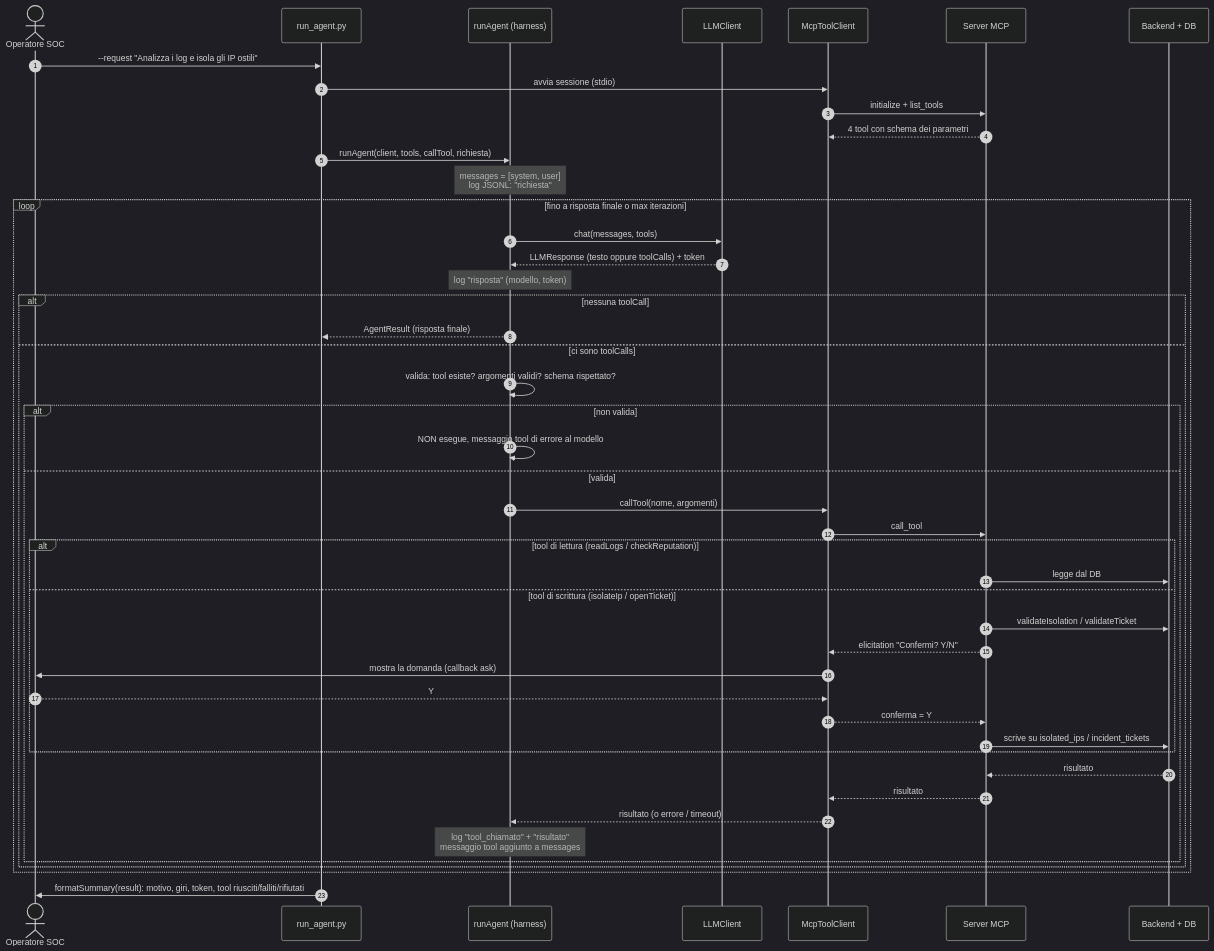
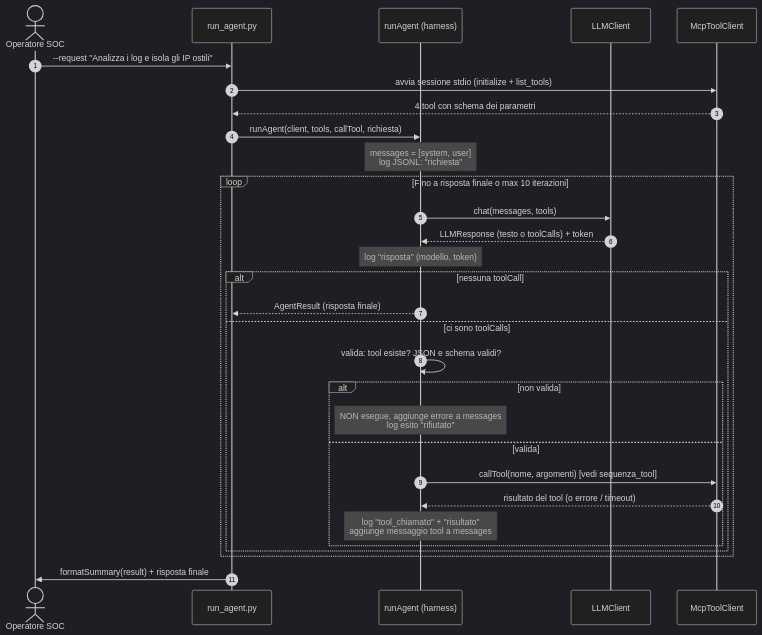
Before and after one commit to CalviLore/cyber-soc-sentinel-pw26: the sixth of 8 diagrams in docs/DIAGRAMMI.md, drawn with Mermaid (dark theme). The commit also changed other lines of this file and 2 other files, not shown here.

First line of the commit message:
DIAGRAMMI.md allineato ai diagrammi numerati; 2a: il Runner passa da Chat

````diff
--- a/docs/DIAGRAMMI.md
+++ b/docs/DIAGRAMMI.md
@@ -232,53 +325,36 @@
 ```mermaid
 sequenceDiagram
     autonumber
     actor Op as Operatore SOC
-    participant CLI as run_agent.py
+    participant RA as run_agent.py
     participant H as runAgent (harness)
     participant LLM as LLMClient
-    participant MC as McpToolClient
-    participant S as Server MCP
-    participant B as Backend + DB
+    participant MCP as McpToolClient
 
-    Op->>CLI: --request "Analizza i log e isola gli IP ostili"
-    CLI->>MC: avvia sessione (stdio)
-    MC->>S: initialize + list_tools
-    S-->>MC: 4 tool con schema dei parametri
-    CLI->>H: runAgent(client, tools, callTool, richiesta)
+    Op->>RA: --request "Analizza i log e isola gli IP ostili"
+    RA->>MCP: avvia sessione stdio (initialize + list_tools)
+    MCP-->>RA: 4 tool con schema dei parametri
+    RA->>H: runAgent(client, tools, callTool, richiesta)
     Note over H: messages = [system, user]<br/>log JSONL: "richiesta"
 
-    loop fino a risposta finale o max iterazioni
+    loop Fino a risposta finale o max 10 iterazioni
         H->>LLM: chat(messages, tools)
-        LLM-->>H: LLMResponse (testo oppure toolCalls) + token
+        LLM-->>H: LLMResponse (testo o toolCalls) + token
         Note over H: log "risposta" (modello, token)
 
         alt nessuna toolCall
-            H-->>CLI: AgentResult (risposta finale)
+            H-->>RA: AgentResult (risposta finale)
         else ci sono toolCalls
-            H->>H: valida: tool esiste? argomenti validi? schema rispettato?
+            H->>H: valida: tool esiste? JSON e schema validi?
             alt non valida
-                H->>H: NON esegue, messaggio tool di errore al modello
+                Note over H: NON esegue, aggiunge errore a messages<br/>log esito "rifiutato"
             else valida
-                H->>MC: callTool(nome, argomenti)
-                MC->>S: call_tool
-                alt tool di lettura (readLogs / checkReputation)
-                    S->>B: legge dal DB
-                else tool di scrittura (isolateIp / openTicket)
-                    S->>B: validateIsolation / validateTicket
-                    S-->>MC: elicitation "Confermi? Y/N"
-                    MC->>Op: mostra la domanda (callback ask)
-                    Op-->>MC: Y
-                    MC-->>S: conferma = Y
-                    S->>B: scrive su isolated_ips / incident_tickets
-                end
-
-                B-->>S: risultato
-                S-->>MC: risultato
-                MC-->>H: risultato (o errore / timeout)
-                Note over H: log "tool_chiamato" + "risultato"<br/>messaggio tool aggiunto a messages
+                H->>MCP: callTool(nome, argomenti) [vedi sequenza_tool]
+                MCP-->>H: risultato del tool (o errore / timeout)
+                Note over H: log "tool_chiamato" + "risultato"<br/>aggiunge messaggio tool a messages
             end
         end
     end
 
-    CLI->>Op: formatSummary(result): motivo, giri, token, tool riusciti/falliti/rifiutati
+    RA->>Op: formatSummary(result) + risposta finale
 ```
````
